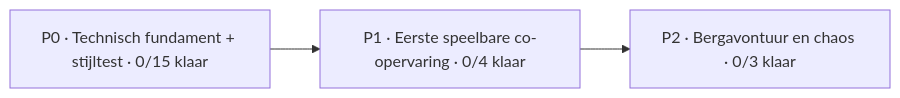
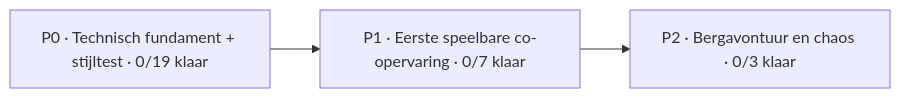
Before and after one commit to mlemson/conductor-chaos: the diagram in Docs/PROJECT_BOARD.md, drawn with Mermaid. The commit also changed other lines of this file, not shown here.

````diff
--- a/Docs/PROJECT_BOARD.md
+++ b/Docs/PROJECT_BOARD.md
@@ -13,7 +13,7 @@
 ```mermaid
 flowchart LR
-    P0["P0 · Technisch fundament + stijltest · 0/15 klaar"]
-    P1["P1 · Eerste speelbare co-opervaring · 0/4 klaar"]
+    P0["P0 · Technisch fundament + stijltest · 0/19 klaar"]
+    P1["P1 · Eerste speelbare co-opervaring · 0/7 klaar"]
     P2["P2 · Bergavontuur en chaos · 0/3 klaar"]
     P0 --> P1 --> P2
 ```
````
